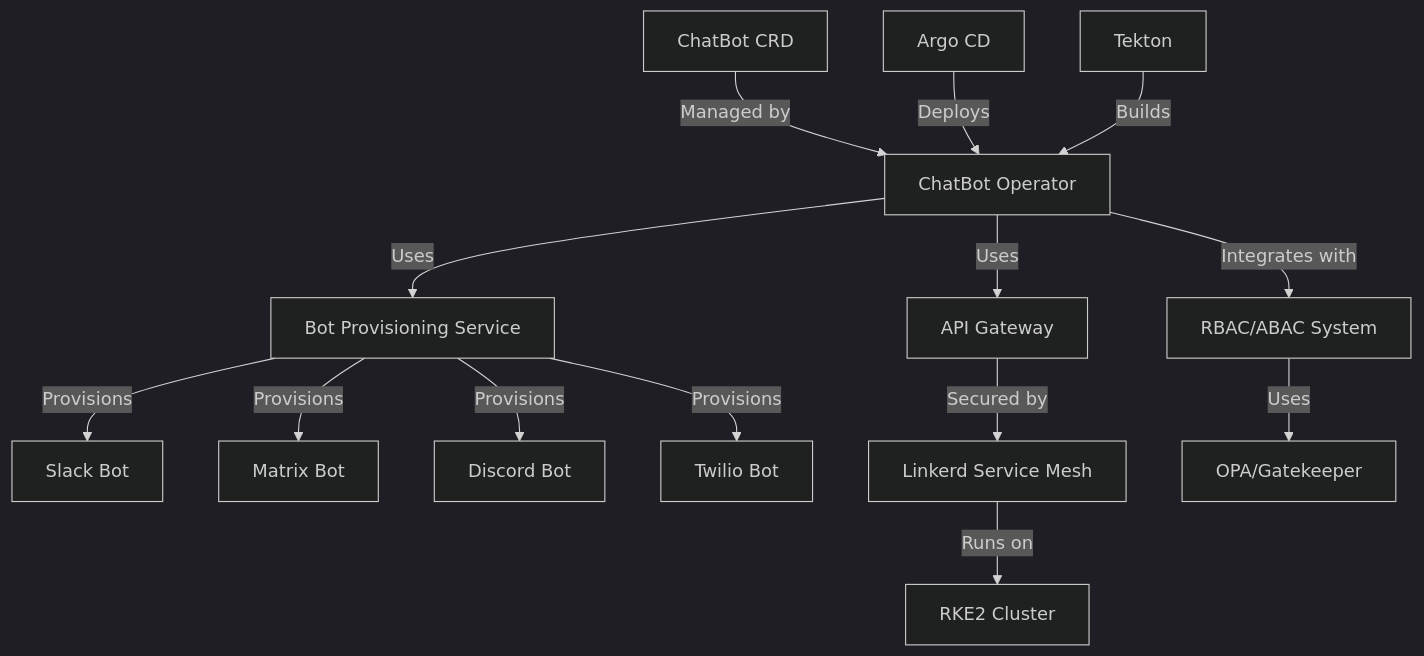
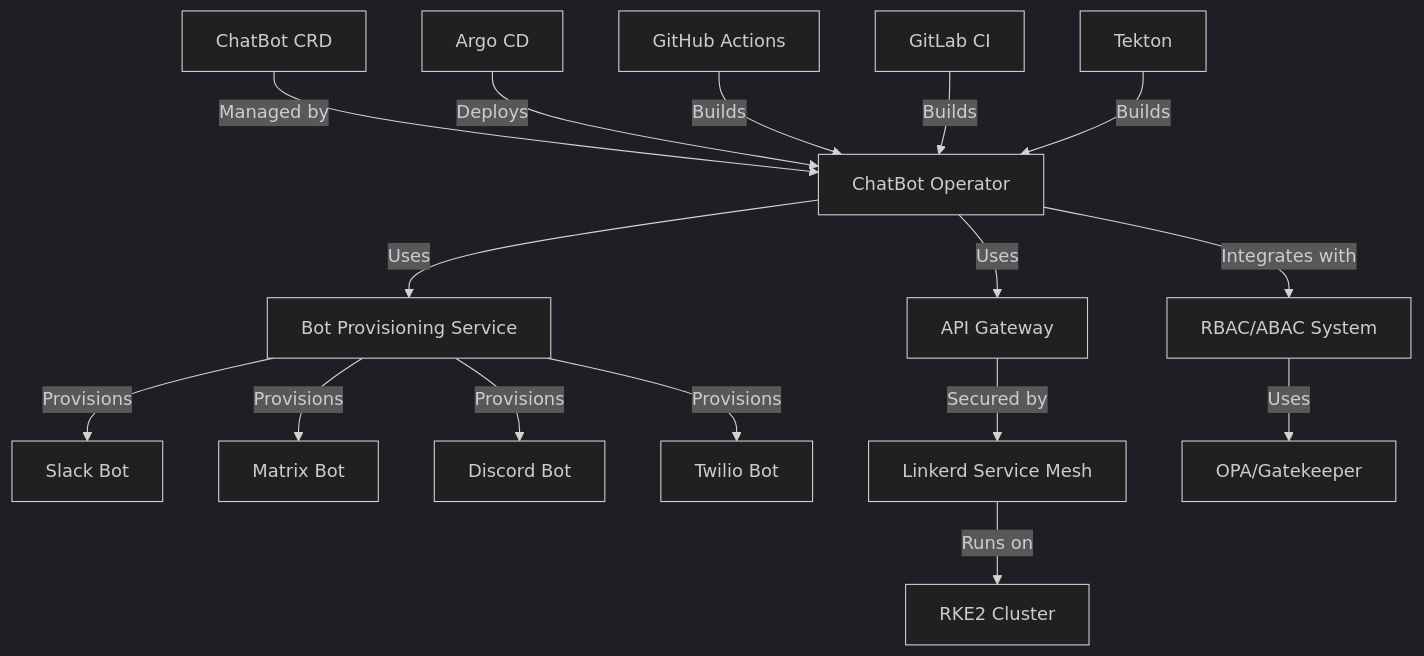
One commit to FruityWelsh/bot-maker changed the first of 2 diagrams in docs/adr/architecture-decisions.md. Above: the diagram before and after it, drawn with Mermaid (dark theme). The commit also changed other lines of this file and 2 other files, not shown here.

Commit message:
fix(docs): clarify Tekton is one of several CI/CD options, not the only option
- Update diagrams.md to show GitHub Actions, GitLab CI, and Tekton as equal CI/CD options
- Update architecture-decisions.md to list all CI/CD platforms in tables and diagrams
- Update README.md to show all CI/CD platforms as equal options
- Ensure all documentation clearly presents Tekton as one option among GitHub Actions, GitLab CI, and VSCode

References: docs/omen/strategy.json (Developer Environment Goal DG001)
References: docs/adr/architecture-decisions.md (ADR-007)

````diff
--- a/docs/adr/architecture-decisions.md
+++ b/docs/adr/architecture-decisions.md
@@ -430,16 +430,18 @@
 ```mermaid
 graph TD
     A[ChatBot CRD] -->|Managed by| B[ChatBot Operator]
     B -->|Uses| C[Bot Provisioning Service]
     B -->|Uses| D[API Gateway]
     C -->|Provisions| E[Slack Bot]
     C -->|Provisions| F[Matrix Bot]
     C -->|Provisions| G[Discord Bot]
     C -->|Provisions| H[Twilio Bot]
     D -->|Secured by| I[Linkerd Service Mesh]
     I -->|Runs on| J[RKE2 Cluster]
     B -->|Integrates with| K[RBAC/ABAC System]
     K -->|Uses| L[OPA/Gatekeeper]
     M[Argo CD] -->|Deploys| B
-    N[Tekton] -->|Builds| B
+    N[GitHub Actions] -->|Builds| B
+    O[GitLab CI] -->|Builds| B
+    P[Tekton] -->|Builds| B
 ```
````
